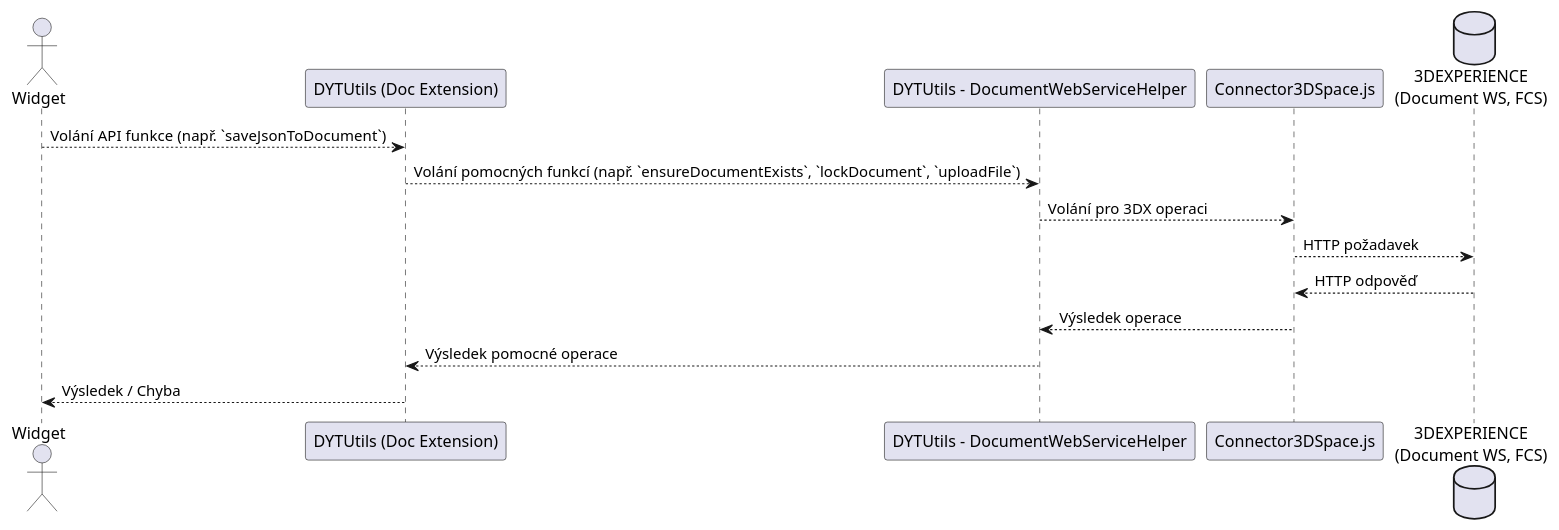
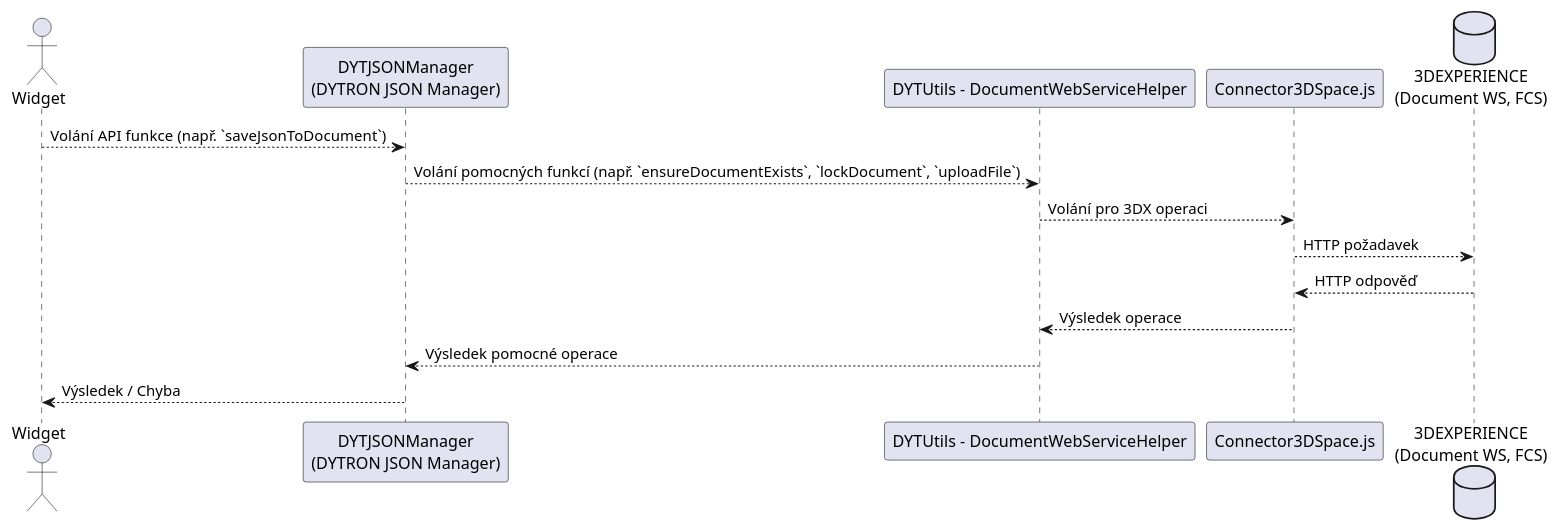
Before and after one commit to rkonvicny/DYTUtils: the diagram in Docs/navrh_systemu.md, drawn with PlantUML. The commit also changed other lines of this file and 59 other files, not shown here.

````diff
--- a/Docs/navrh_systemu.md
+++ b/Docs/navrh_systemu.md
@@ -85,18 +86,18 @@
 ```plantuml
 @startuml
 actor Widget
-participant "DYTUtils (Doc Extension)" as Utilita
+participant "DYTJSONManager\n(DYTRON JSON Manager)" as Utilita
 participant "DYTUtils - DocumentWebServiceHelper" as HelperUtilita
 participant "Connector3DSpace.js" as Connector
 database "3DEXPERIENCE\n(Document WS, FCS)" as Platforma3DX
 
 Widget --> Utilita : Volání API funkce (např. `saveJsonToDocument`)
 Utilita --> HelperUtilita : Volání pomocných funkcí (např. `ensureDocumentExists`, `lockDocument`, `uploadFile`)
 HelperUtilita --> Connector : Volání pro 3DX operaci
 Connector --> Platforma3DX : HTTP požadavek
 Platforma3DX --> Connector : HTTP odpověď
 Connector --> HelperUtilita : Výsledek operace
 HelperUtilita --> Utilita : Výsledek pomocné operace
 Utilita --> Widget : Výsledek / Chyba
 @enduml
 ```
````
